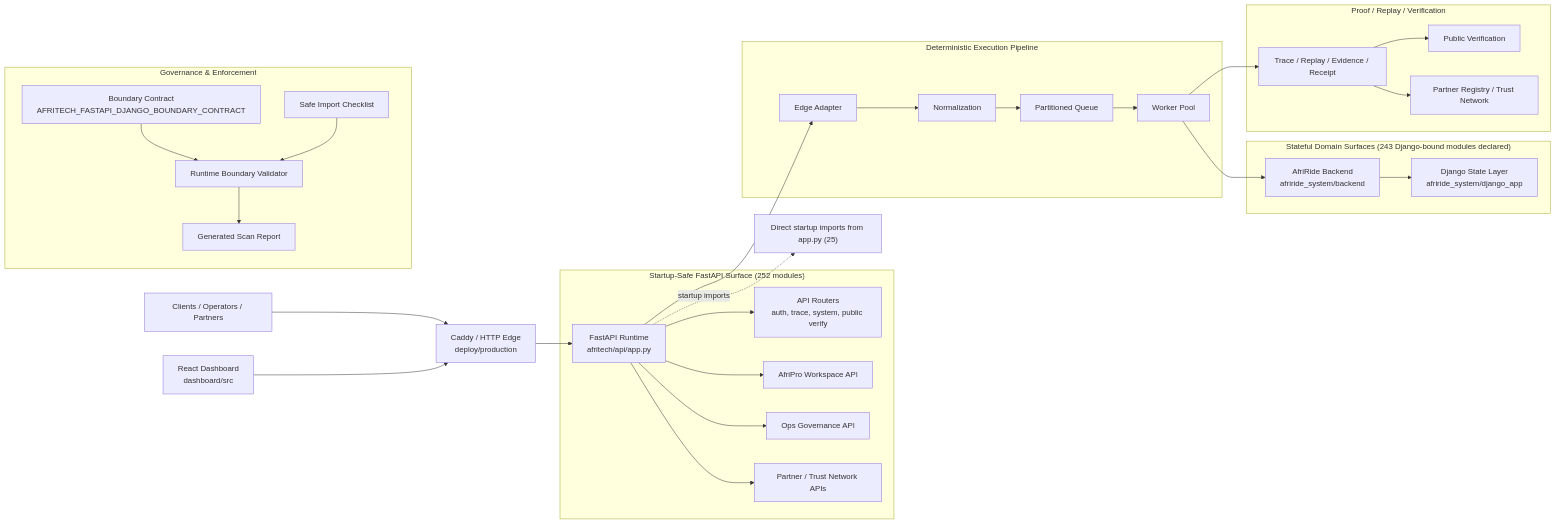
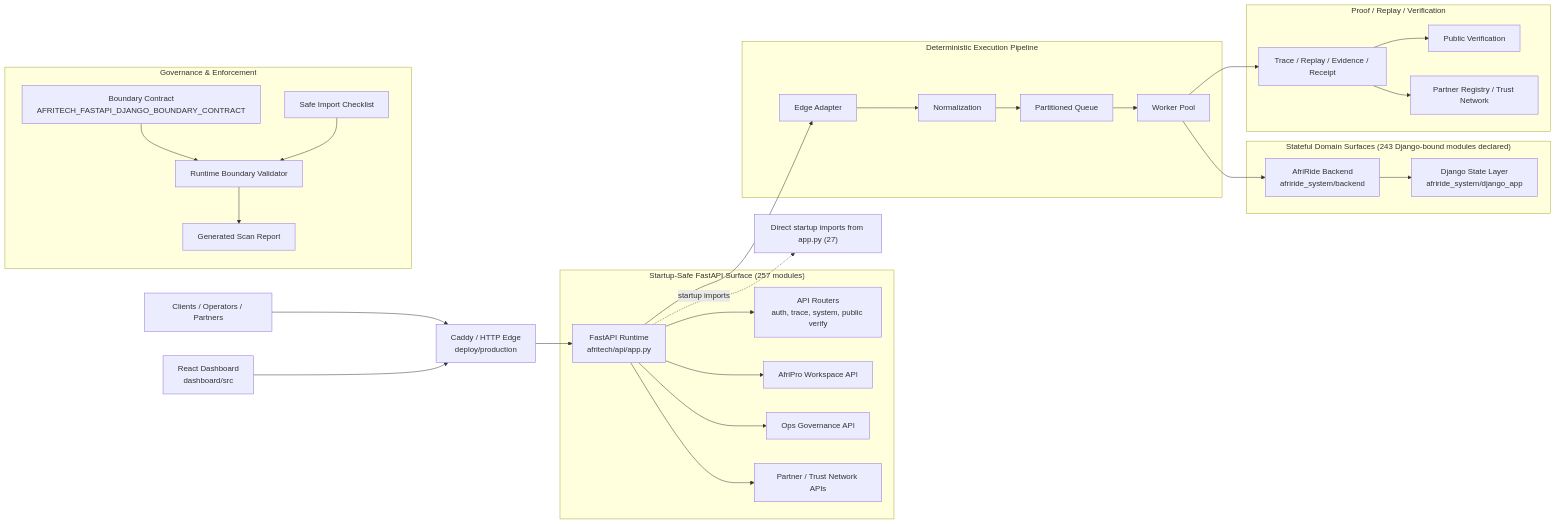
One commit to Strelly2023/afritelematics changed the first of 2 diagrams in docs/architecture/AFRITECH_FULL_ARCHITECTURE_GRAPH.md. Above: the diagram before and after it, drawn with Mermaid. The commit also changed other lines of this file and 2 other files, not shown here.

````diff
--- a/docs/architecture/AFRITECH_FULL_ARCHITECTURE_GRAPH.md
+++ b/docs/architecture/AFRITECH_FULL_ARCHITECTURE_GRAPH.md
@@ -22,39 +22,39 @@
 ```mermaid
 flowchart LR
     Client["Clients / Operators / Partners"] --> Edge["Caddy / HTTP Edge\ndeploy/production"]
     Dashboard["React Dashboard\ndashboard/src"] --> Edge
     Edge --> App["FastAPI Runtime\nafritech/api/app.py"]
 
-    subgraph FastAPI["Startup-Safe FastAPI Surface (252 modules)"]
+    subgraph FastAPI["Startup-Safe FastAPI Surface (257 modules)"]
         App --> Api["API Routers\nauth, trace, system, public verify"]
         App --> Workspace["AfriPro Workspace API"]
         App --> Governance["Ops Governance API"]
         App --> Trust["Partner / Trust Network APIs"]
     end
 
     subgraph Pipeline["Deterministic Execution Pipeline"]
         App --> Adapt["Edge Adapter"]
         Adapt --> Normalize["Normalization"]
         Normalize --> Queue["Partitioned Queue"]
         Queue --> Worker["Worker Pool"]
     end
 
     subgraph State["Stateful Domain Surfaces (243 Django-bound modules declared)"]
         Worker --> Domain["AfriRide Backend\nafriride_system/backend"]
         Domain --> Django["Django State Layer\nafriride_system/django_app"]
     end
 
     subgraph Proof["Proof / Replay / Verification"]
         Worker --> Trace["Trace / Replay / Evidence / Receipt"]
         Trace --> Public["Public Verification"]
         Trace --> Registry["Partner Registry / Trust Network"]
     end
 
     subgraph GovernancePlane["Governance & Enforcement"]
         Contract["Boundary Contract\nAFRITECH_FASTAPI_DJANGO_BOUNDARY_CONTRACT"] --> Validator["Runtime Boundary Validator"]
         Checklist["Safe Import Checklist"] --> Validator
         Validator --> Review["Generated Scan Report"]
     end
 
-    App -. startup imports .-> Imports["Direct startup imports from app.py (25)"]
+    App -. startup imports .-> Imports["Direct startup imports from app.py (27)"]
 ```
````
